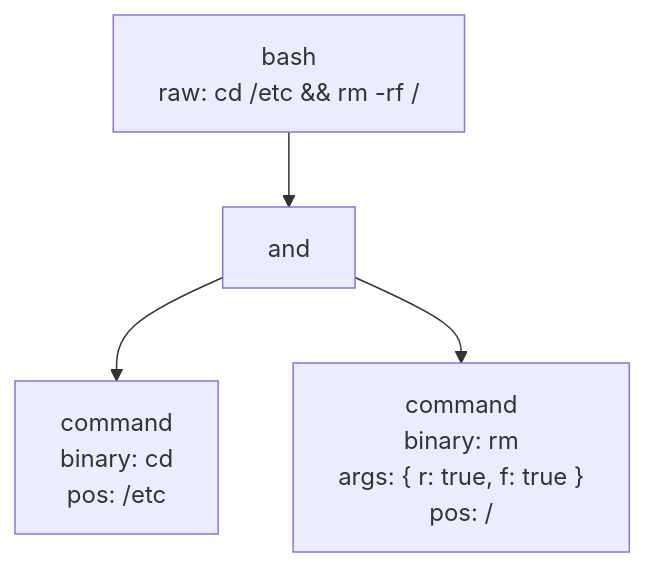
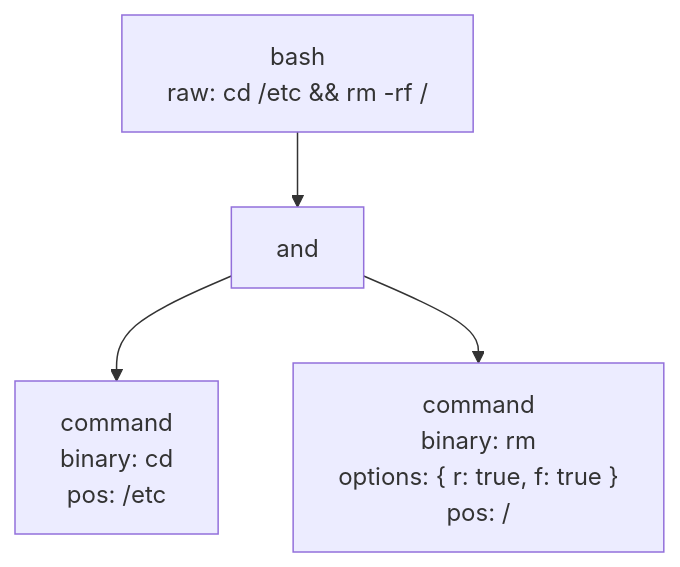
One commit to ashleydavis/expressive-permissions changed the second of 5 diagrams in docs/HOW_IT_WORKS.md. Above: the diagram before and after it, drawn with Mermaid. The commit also changed other lines of this file and 59 other files, not shown here.

First line of the commit message:
Renamed args to options throughout (YAML key, AST field, helpers)

````diff
--- a/docs/HOW_IT_WORKS.md
+++ b/docs/HOW_IT_WORKS.md
@@ -30,6 +30,6 @@
 ```mermaid
 graph TD
   Bash["bash<br/>raw: cd /etc &amp;&amp; rm -rf /"] --> And["and"]
   And --> Cd["command<br/>binary: cd<br/>pos: /etc"]
-  And --> Rm["command<br/>binary: rm<br/>args: { r: true, f: true }<br/>pos: /"]
+  And --> Rm["command<br/>binary: rm<br/>options: { r: true, f: true }<br/>pos: /"]
 ```
````
